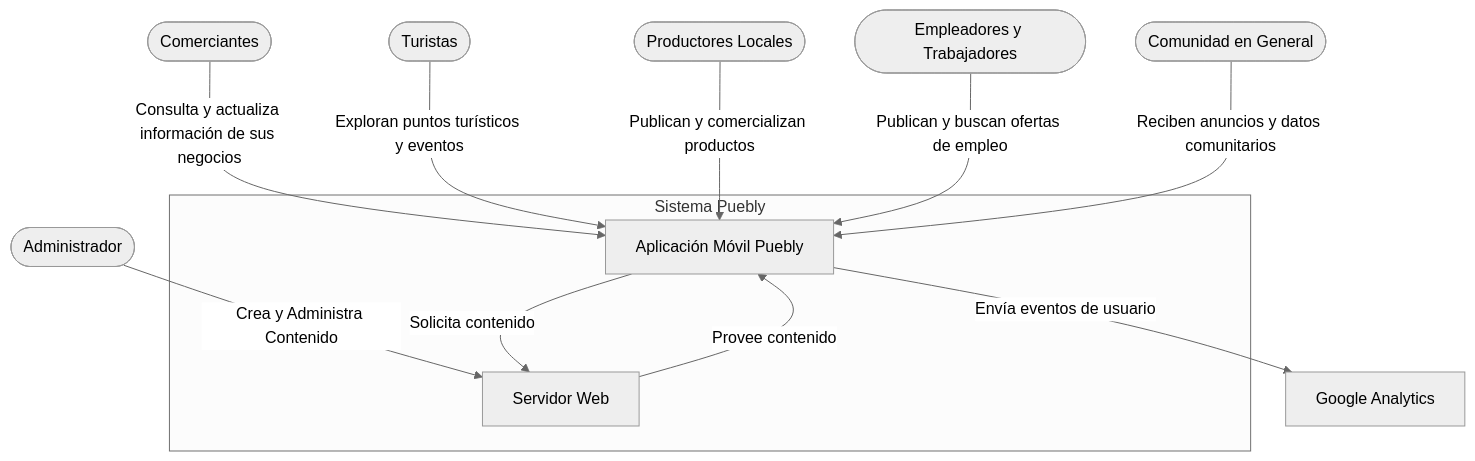
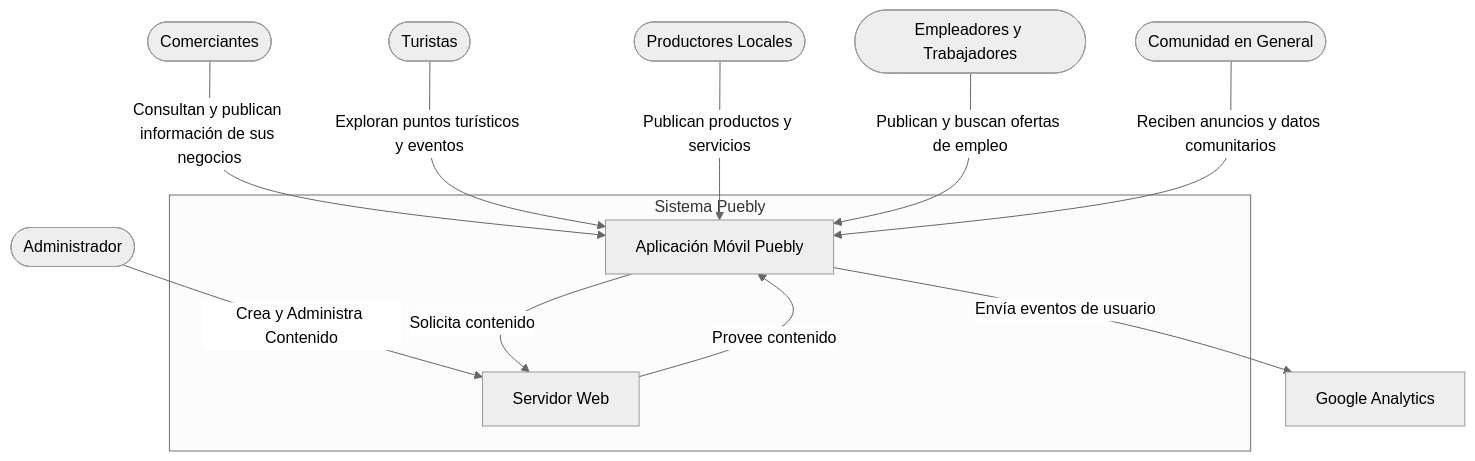
The first of 3 diagrams in c4Model.md (CristhianMoreno97/Puebly), drawn with Mermaid (neutral theme) before and after one commit.

Commit message:
docs: modificar diagrama de contexto

````diff
--- a/c4Model.md
+++ b/c4Model.md
@@ -28,18 +28,18 @@
 ```mermaid
 graph TD
   subgraph "Sistema Puebly"
       A3[Aplicación Móvil Puebly]
       A2[Servidor Web]
   end
   A1[Google Analytics]
 
   B([Administrador]) -->|Crea y Administra Contenido| A2
   A2 -->|Provee contenido| A3
   A3 -->|Solicita contenido| A2
   A3 -->|Envía eventos de usuario| A1
-  C([Comerciantes]) -->|Consulta y actualiza información de sus negocios| A3
+  C([Comerciantes]) -->|Consultan y publican información de sus negocios| A3
   D([Turistas]) -->|Exploran puntos turísticos y eventos| A3
-  E([Productores Locales]) -->|Publican y comercializan productos| A3
+  E([Productores Locales]) -->|Publican productos y servicios| A3
   F([Empleadores y Trabajadores]) -->|Publican y buscan ofertas de empleo| A3
   G([Comunidad en General]) -->|Reciben anuncios y datos comunitarios| A3
 ```
````
